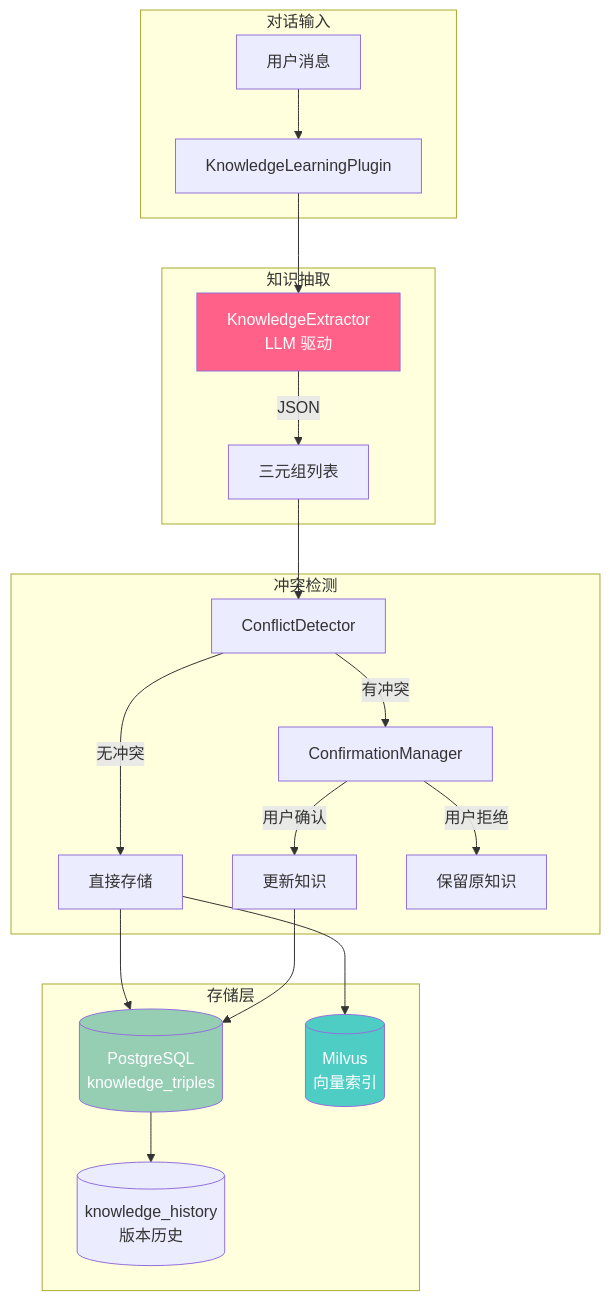
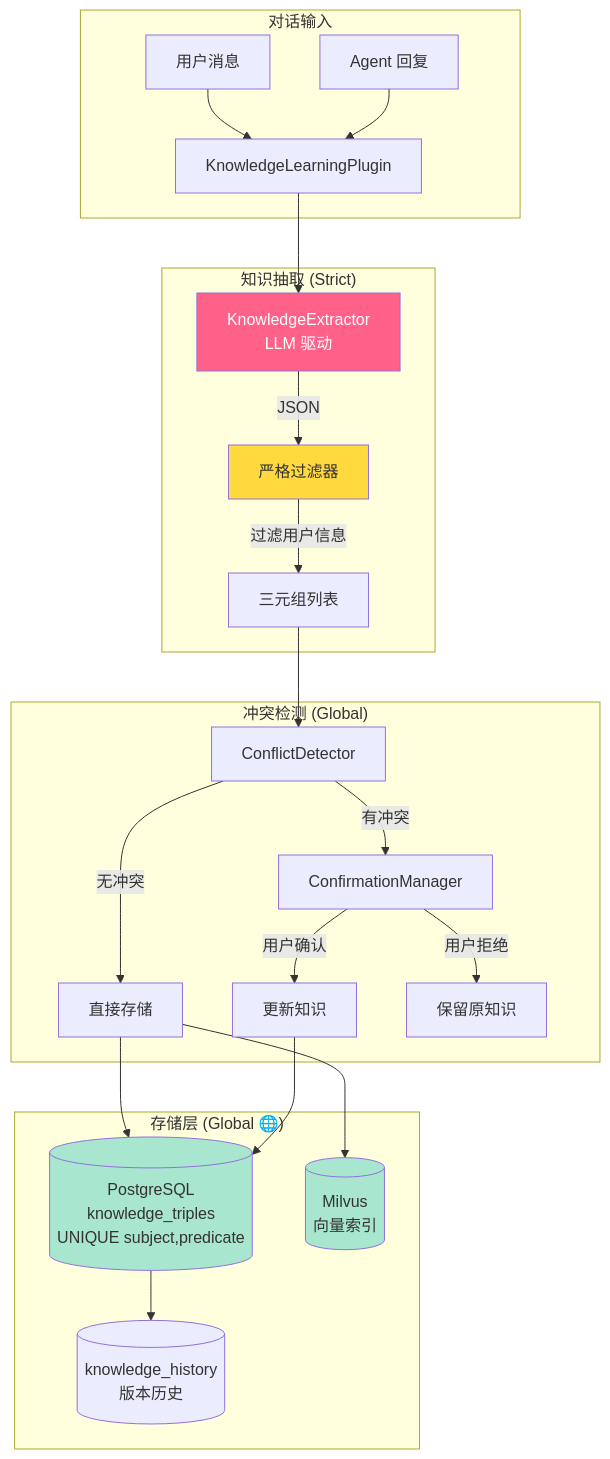
One commit to Zeppelinpp/OmniEmployee changed diagram 13 of 16 in docs/memory_system.md. Above: the diagram before and after it, drawn with Mermaid. The commit also changed other lines of this file and 30 other files, not shown here.

````diff
--- a/docs/memory_system.md
+++ b/docs/memory_system.md
@@ -614,26 +695,29 @@
 ```mermaid
 graph TB
 subgraph "对话输入"
   USER[用户消息] --> PLUGIN[KnowledgeLearningPlugin]
+  AGENT[Agent 回复] --> PLUGIN
 end
-subgraph "知识抽取"
+subgraph "知识抽取 (Strict)"
   PLUGIN --> EXTRACT[KnowledgeExtractor<br/>LLM 驱动]
-  EXTRACT -->|JSON| TRIPLES[三元组列表]
+  EXTRACT -->|JSON| FILTER[严格过滤器]
+  FILTER -->|过滤用户信息| TRIPLES[三元组列表]
 end
-subgraph "冲突检测"
+subgraph "冲突检测 (Global)"
   TRIPLES --> CONFLICT[ConflictDetector]
   CONFLICT -->|无冲突| STORE[直接存储]
   CONFLICT -->|有冲突| CONFIRM[ConfirmationManager]
   CONFIRM -->|用户确认| UPDATE[更新知识]
   CONFIRM -->|用户拒绝| KEEP[保留原知识]
 end
-subgraph "存储层"
-  STORE --> PG[(PostgreSQL<br/>knowledge_triples)]
+subgraph "存储层 (Global 🌐)"
+  STORE --> PG[(PostgreSQL<br/>knowledge_triples<br/>UNIQUE subject,predicate)]
   UPDATE --> PG
   STORE --> MV[(Milvus<br/>向量索引)]
   PG --> HISTORY[(knowledge_history<br/>版本历史)]
 end
 style EXTRACT fill:#ff6188,color:#fff
-style PG fill:#96ceb4,color:#fff
-style MV fill:#4ecdc4,color:#fff
+style FILTER fill:#ffd93d,color:#333
+style PG fill:#a8e6cf,color:#333
+style MV fill:#a8e6cf,color:#333
 ```
````
